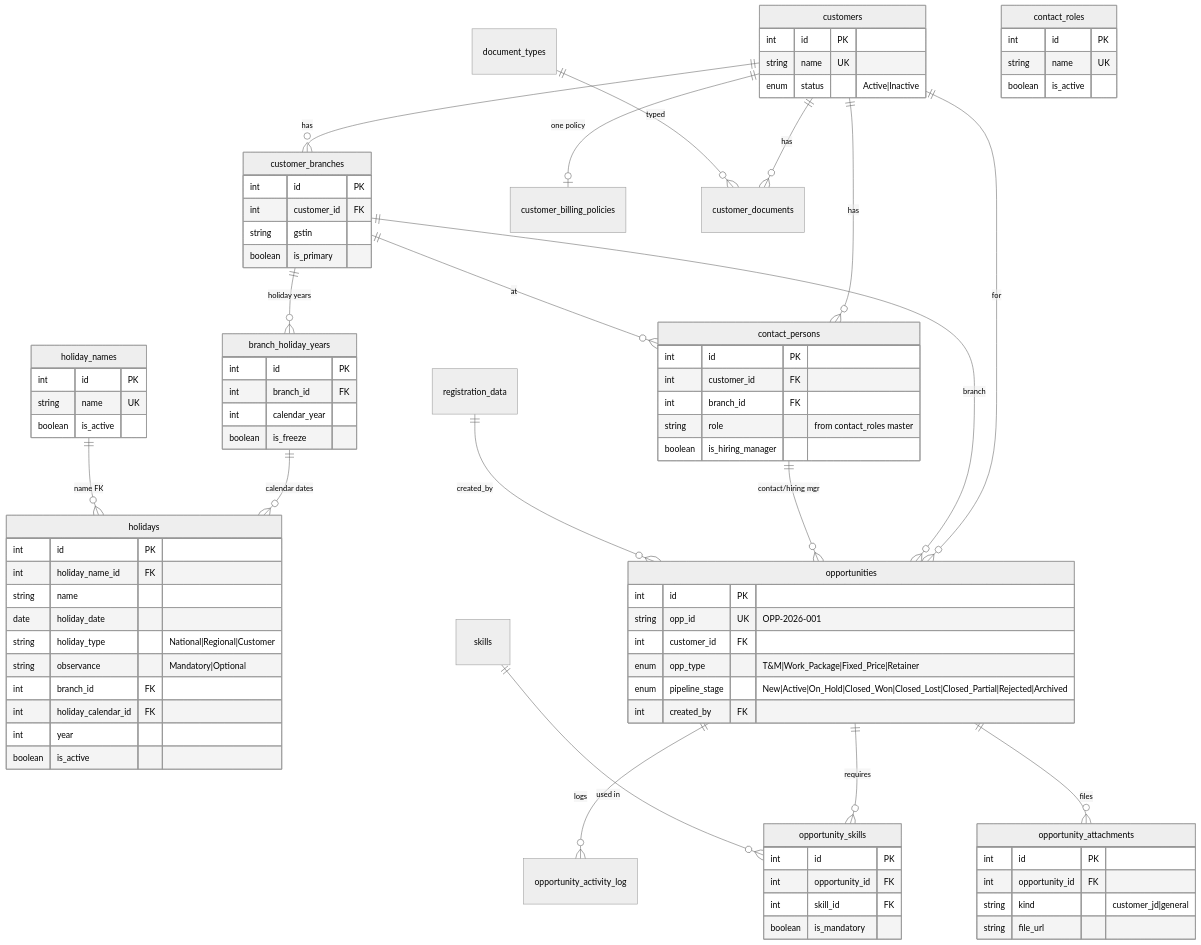
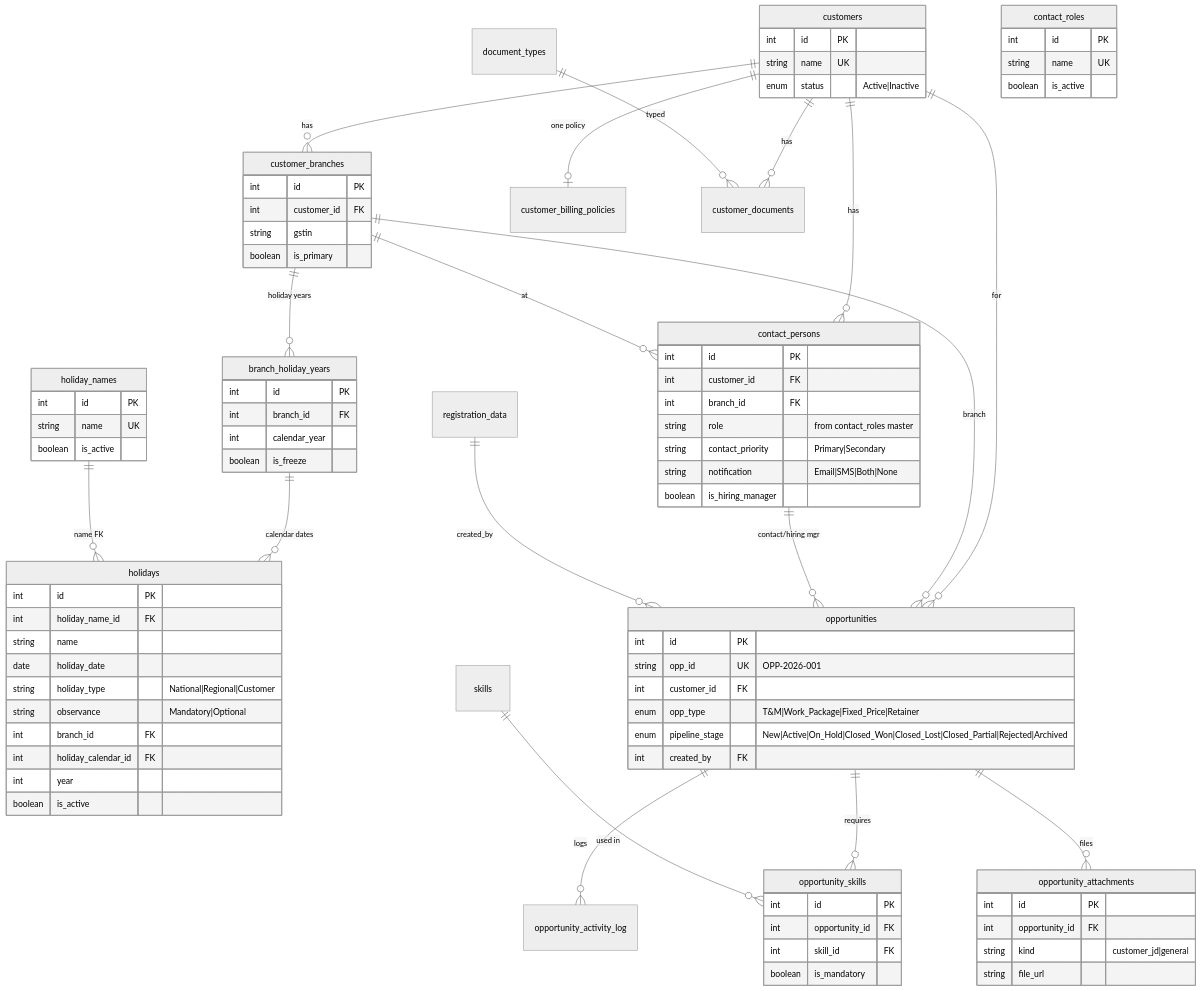
One commit to pawan-88/CRM-AI-Interview-Backend-B-V2 changed the third of 7 diagrams in docs/architecture/03-database-er.md. Above: the diagram before and after it, drawn with Mermaid (neutral theme). The commit also changed other lines of this file and 205 other files, not shown here.

```diff
--- a/docs/architecture/03-database-er.md
+++ b/docs/architecture/03-database-er.md
@@ -155,6 +155,8 @@
         int customer_id FK
         int branch_id FK
         string role "from contact_roles master"
+        string contact_priority "Primary|Secondary"
+        string notification "Email|SMS|Both|None"
         boolean is_hiring_manager
     }
     contact_roles {
```
